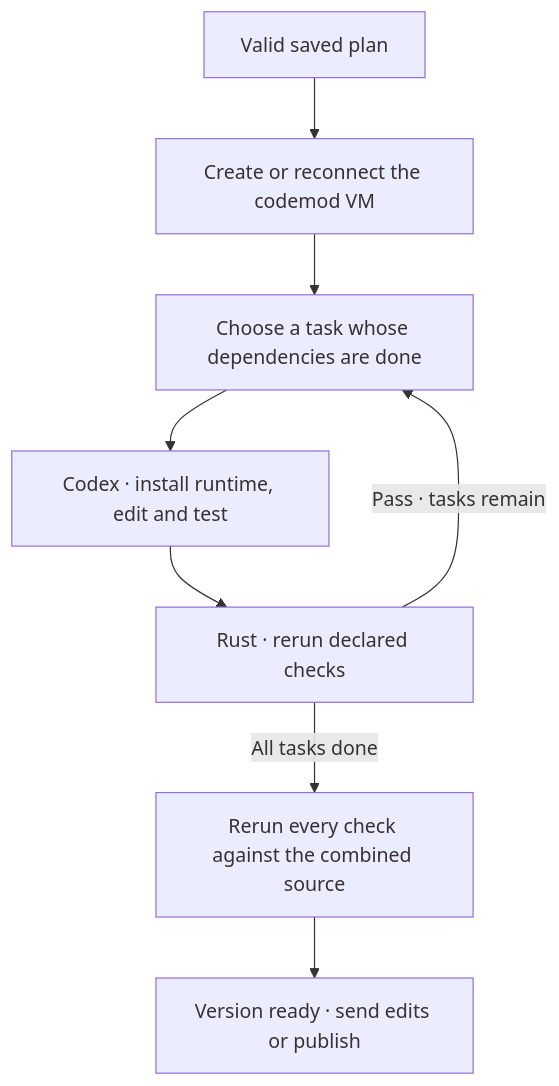
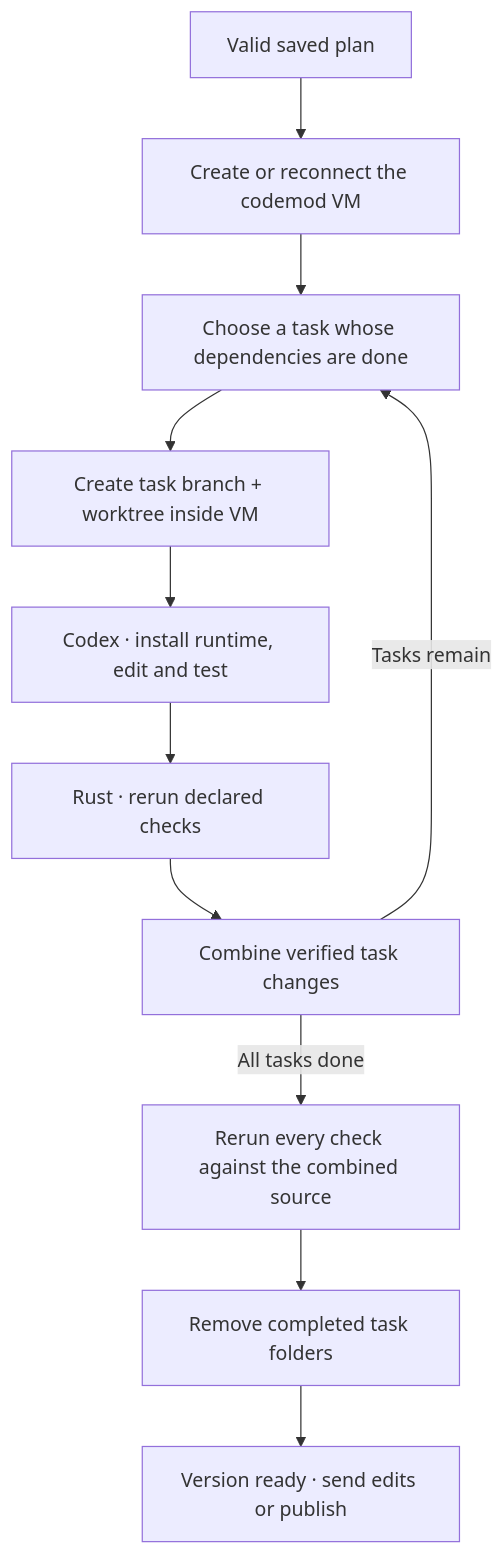
One commit to minimumeffort-dev/sprowt.harness changed the diagram in docs/execution.md. Above: the diagram before and after it, drawn with Mermaid. The commit also changed other lines of this file and 17 other files, not shown here.

Commit message:
Isolate VM tasks in Git worktrees with recovery and cleanup

````diff
--- a/docs/execution.md
+++ b/docs/execution.md
@@ -5,10 +5,13 @@
 ```mermaid
 flowchart TB
     plan["Valid saved plan"] --> vm["Create or reconnect the codemod VM"]
     vm --> task["Choose a task whose dependencies are done"]
-    task --> worker["Codex · install runtime, edit and test"]
+    task --> tree["Create task branch + worktree inside VM"]
+    tree --> worker["Codex · install runtime, edit and test"]
     worker --> checks["Rust · rerun declared checks"]
-    checks -->|"Pass · tasks remain"| task
-    checks -->|"All tasks done"| final["Rerun every check against the combined source"]
-    final --> ready["Version ready · send edits or publish"]
+    checks --> merge["Combine verified task changes"]
+    merge -->|"Tasks remain"| task
+    merge -->|"All tasks done"| final["Rerun every check against the combined source"]
+    final --> cleanup["Remove completed task folders"]
+    cleanup --> ready["Version ready · send edits or publish"]
 ```
````
